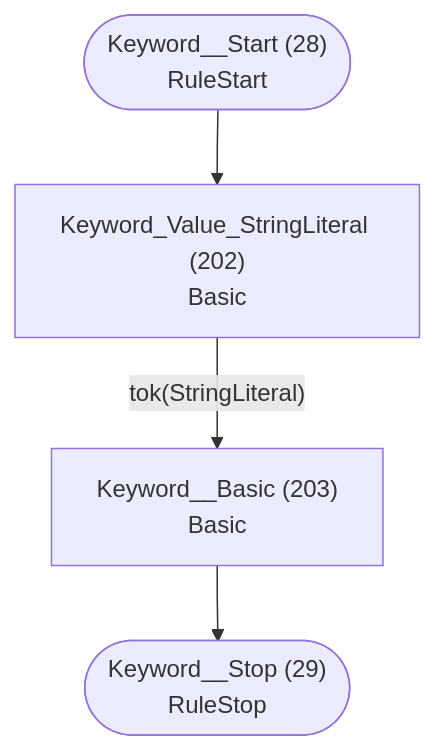
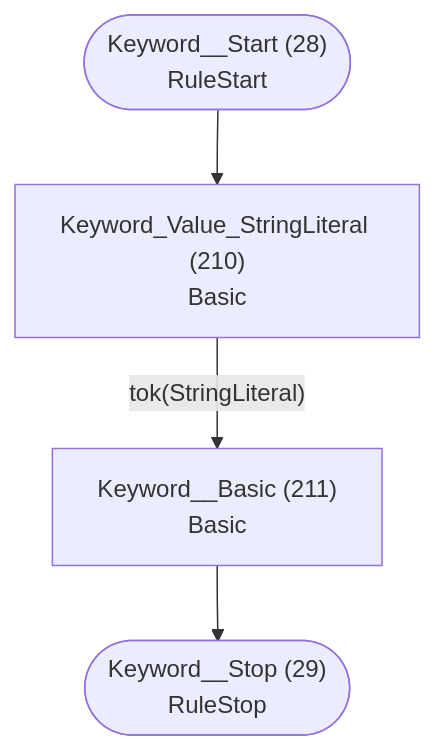
One commit to TypeFox/fastbelt changed diagram 15 of 29 in internal/grammar/atn.md. Above: the diagram before and after it, drawn with Mermaid. The commit also changed other lines of this file and 41 other files, not shown here.

````diff
--- a/internal/grammar/atn.md
+++ b/internal/grammar/atn.md
@@ -479,11 +484,11 @@
 ```mermaid
 flowchart TD
     q28(["Keyword__Start (28)<br/>RuleStart"])
     q29(["Keyword__Stop (29)<br/>RuleStop"])
-    q202["Keyword_Value_StringLiteral (202)<br/>Basic<br/>"]
-    q203["Keyword__Basic (203)<br/>Basic<br/>"]
+    q210["Keyword_Value_StringLiteral (210)<br/>Basic<br/>"]
+    q211["Keyword__Basic (211)<br/>Basic<br/>"]
 
-    q28 --> q202
-    q202 -->|"tok(StringLiteral)"| q203
-    q203 --> q29
+    q28 --> q210
+    q210 -->|"tok(StringLiteral)"| q211
+    q211 --> q29
 ```
````
